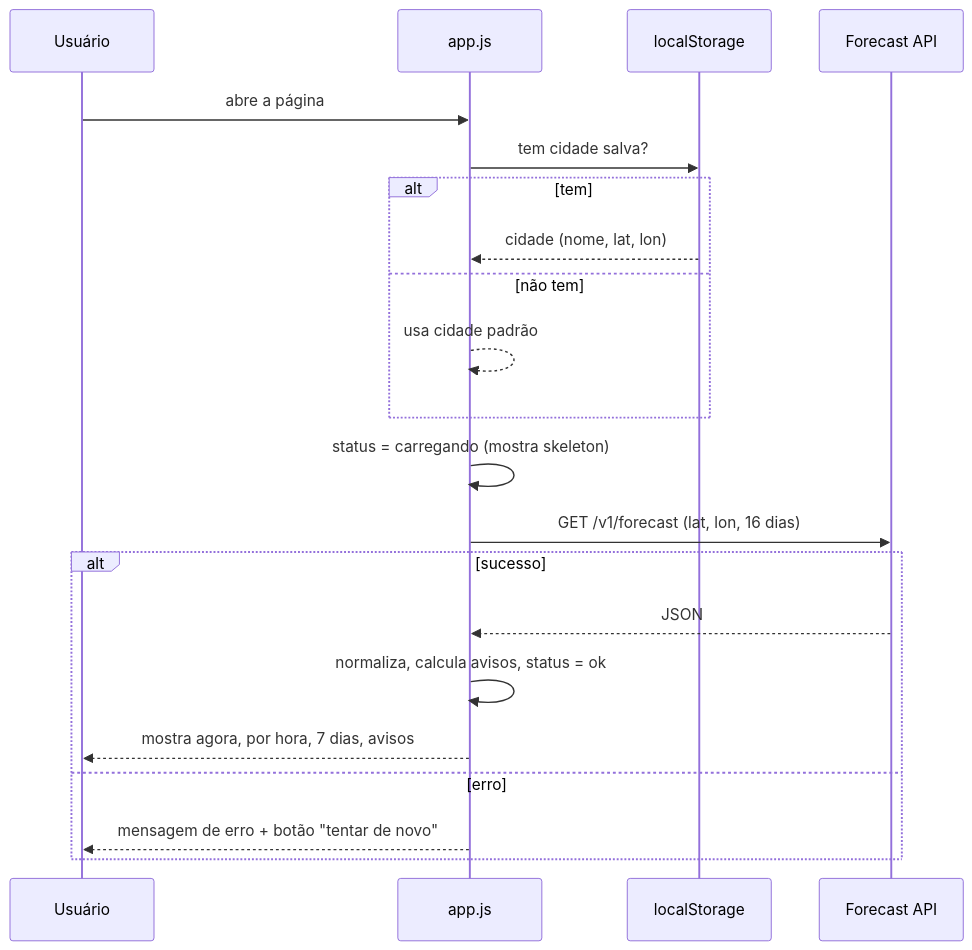
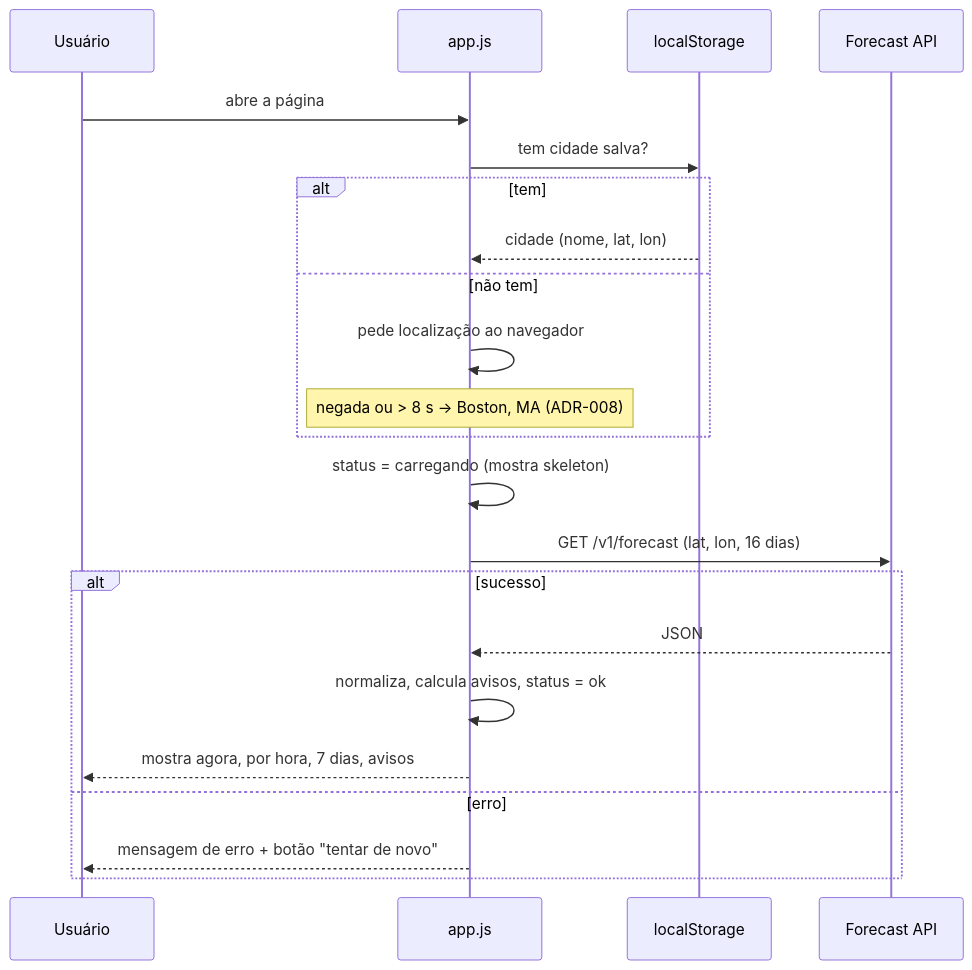
Before and after one commit to dalmoacosta-EmetOS/previsao-tempo: the second of 2 diagrams in docs/02-arquitetura.md, drawn with Mermaid. The commit also changed other lines of this file and 27 other files, not shown here.

````diff
--- a/docs/02-arquitetura.md
+++ b/docs/02-arquitetura.md
@@ -80,24 +82,25 @@
 ```mermaid
 sequenceDiagram
     participant U as Usuário
     participant A as app.js
     participant S as localStorage
     participant F as Forecast API
 
     U->>A: abre a página
     A->>S: tem cidade salva?
     alt tem
         S-->>A: cidade (nome, lat, lon)
     else não tem
-        A-->>A: usa cidade padrão
+        A->>A: pede localização ao navegador
+        Note over A: negada ou > 8 s → Boston, MA (ADR-008)
     end
     A->>A: status = carregando (mostra skeleton)
     A->>F: GET /v1/forecast (lat, lon, 16 dias)
     alt sucesso
         F-->>A: JSON
         A->>A: normaliza, calcula avisos, status = ok
         A-->>U: mostra agora, por hora, 7 dias, avisos
     else erro
         A-->>U: mensagem de erro + botão "tentar de novo"
     end
 ```
````
